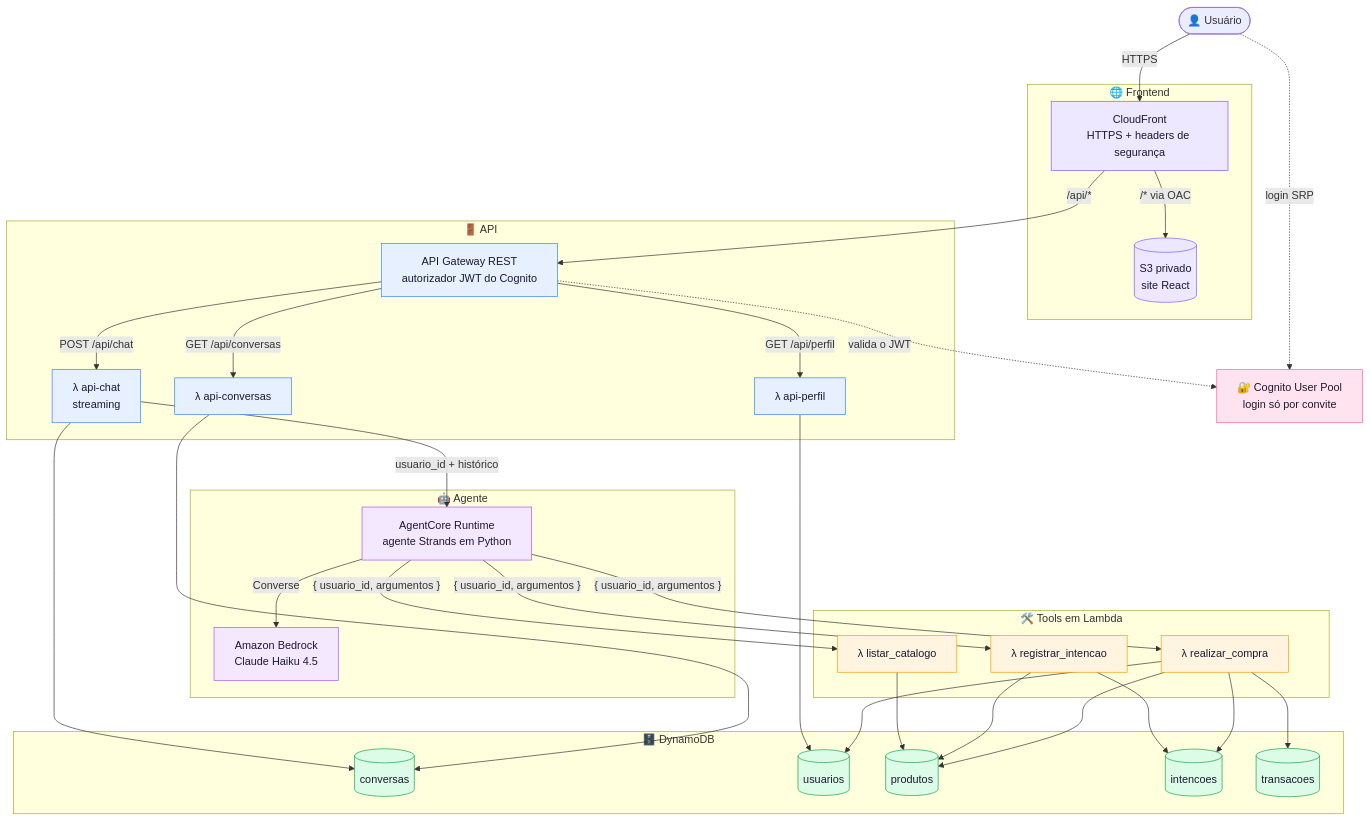
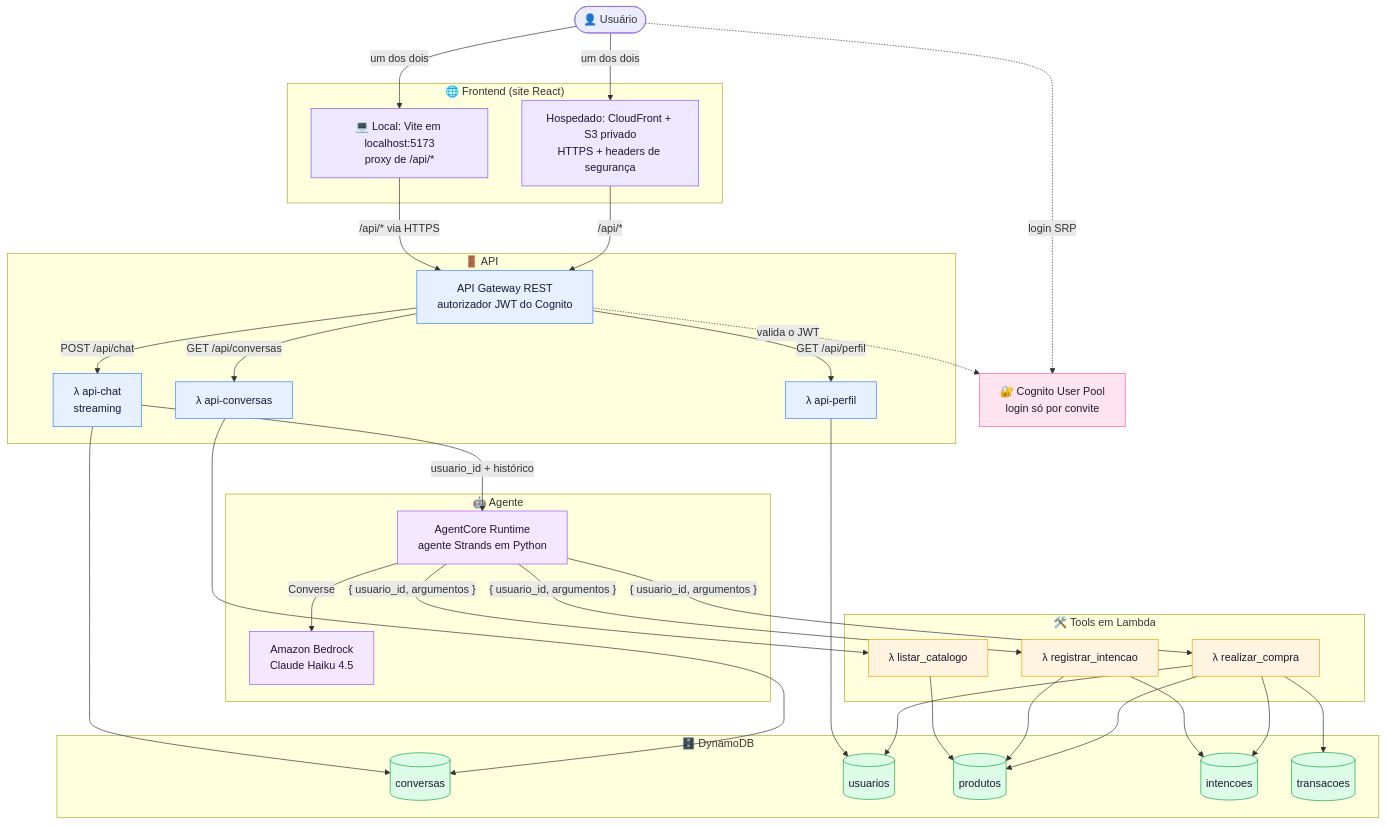
The first of 3 diagrams in Desafio-1/anabraghim/README.md (Pedro-Leale-Compass/scholarship-fde-agentic-payments-challenges), drawn with Mermaid before and after one commit. The commit also changed other lines of this file and 9 other files, not shown here.

````diff
--- a/Desafio-1/anabraghim/README.md
+++ b/Desafio-1/anabraghim/README.md
@@ -52,67 +52,67 @@
 ```mermaid
 flowchart TB
     U(["👤 Usuário"])
 
-    subgraph FRONT["🌐 Frontend"]
-        CF["CloudFront<br/>HTTPS + headers de segurança"]
-        S3[("S3 privado<br/>site React")]
+    subgraph FRONT["🌐 Frontend (site React)"]
+        VITE["💻 Local: Vite em localhost:5173<br/>proxy de /api/*"]
+        CF["Hospedado: CloudFront + S3 privado<br/>HTTPS + headers de segurança"]
     end
 
     COG["🔐 Cognito User Pool<br/>login só por convite"]
 
     subgraph API["🚪 API"]
         APIGW["API Gateway REST<br/>autorizador JWT do Cognito"]
         LCHAT["λ api-chat<br/>streaming"]
         LCONV["λ api-conversas"]
         LPERF["λ api-perfil"]
     end
 
     subgraph AGENTE["🤖 Agente"]
         AC["AgentCore Runtime<br/>agente Strands em Python"]
         BR["Amazon Bedrock<br/>Claude Haiku 4.5"]
     end
 
     subgraph TOOLS["🛠️ Tools em Lambda"]
         T1["λ listar_catalogo"]
         T2["λ registrar_intencao"]
         T3["λ realizar_compra"]
     end
 
     subgraph DDB["🗄️ DynamoDB"]
         DCONV[("conversas")]
         DUSR[("usuarios")]
         DPROD[("produtos")]
         DINT[("intencoes")]
         DTX[("transacoes")]
     end
 
-    U -->|HTTPS| CF
-    CF -->|"/* via OAC"| S3
+    U -->|"um dos dois"| VITE & CF
+    VITE -->|"/api/* via HTTPS"| APIGW
     CF -->|"/api/*"| APIGW
     U -.->|login SRP| COG
     APIGW -.->|valida o JWT| COG
     APIGW -->|POST /api/chat| LCHAT
     APIGW -->|GET /api/conversas| LCONV
     APIGW -->|GET /api/perfil| LPERF
     LCHAT -->|"usuario_id + histórico"| AC
     AC -->|Converse| BR
     AC -->|"{ usuario_id, argumentos }"| T1 & T2 & T3
     LCHAT & LCONV --> DCONV
     LPERF --> DUSR
     T1 --> DPROD
     T2 --> DPROD & DINT
     T3 --> DINT & DUSR & DPROD & DTX
 
     classDef front fill:#ede7ff,stroke:#7c5cff,color:#1c1830
     classDef auth fill:#ffe4f0,stroke:#ff5fa2,color:#1c1830
     classDef api fill:#e6f0ff,stroke:#3b82f6,color:#1c1830
     classDef agente fill:#f3e8ff,stroke:#a855f7,color:#1c1830
     classDef tool fill:#fff4e0,stroke:#f59e0b,color:#1c1830
     classDef dados fill:#dcfce7,stroke:#16a34a,color:#1c1830
-    class CF,S3 front
+    class VITE,CF front
     class COG auth
     class APIGW,LCHAT,LCONV,LPERF api
     class AC,BR agente
     class T1,T2,T3 tool
     class DCONV,DUSR,DPROD,DINT,DTX dados
 ```
````
